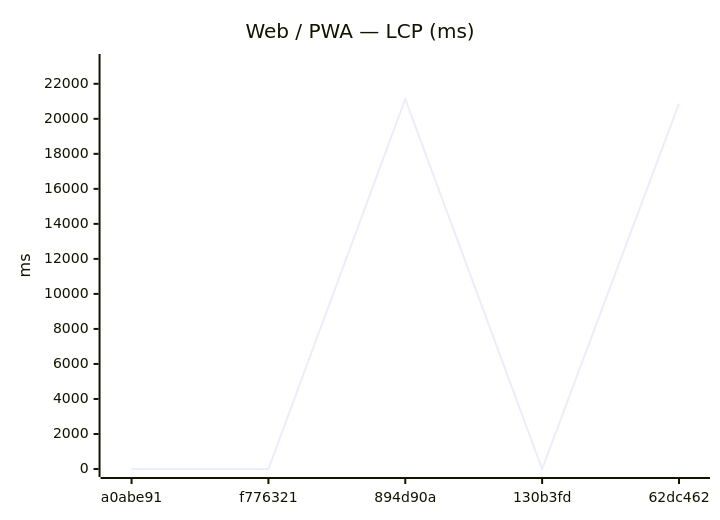
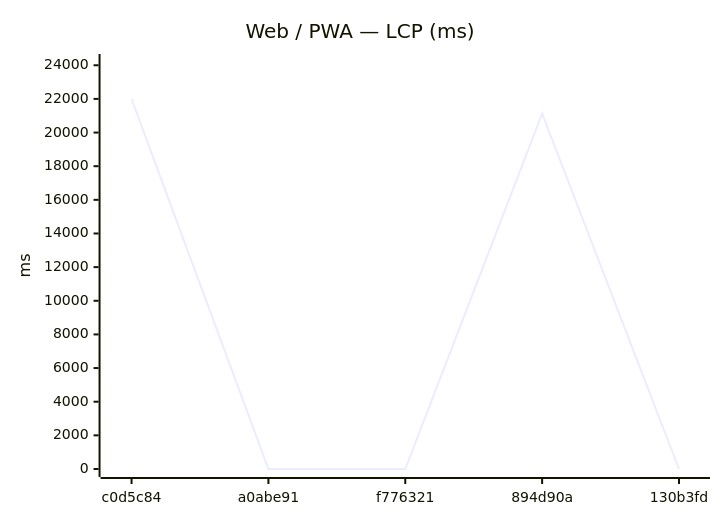
The seventh of 18 diagrams in benchmarks/compare.md (Metaheurist/Rianell), drawn with Mermaid before and after one commit. The commit also changed other lines of this file and 11 other files, not shown here.

````diff
--- a/benchmarks/compare.md
+++ b/benchmarks/compare.md
@@ -117,7 +117,7 @@
 ```mermaid
 xychart-beta
     title "Web / PWA — LCP (ms)"
-    x-axis ["a0abe91", "f776321", "894d90a", "130b3fd", "62dc462"]
-    y-axis "ms" 0 --> 23245
-    line [0, 0, 21131, 0, 20871]
+    x-axis ["c0d5c84", "a0abe91", "f776321", "894d90a", "130b3fd"]
+    y-axis "ms" 0 --> 24194
+    line [21994, 0, 0, 21131, 0]
 ```
````
